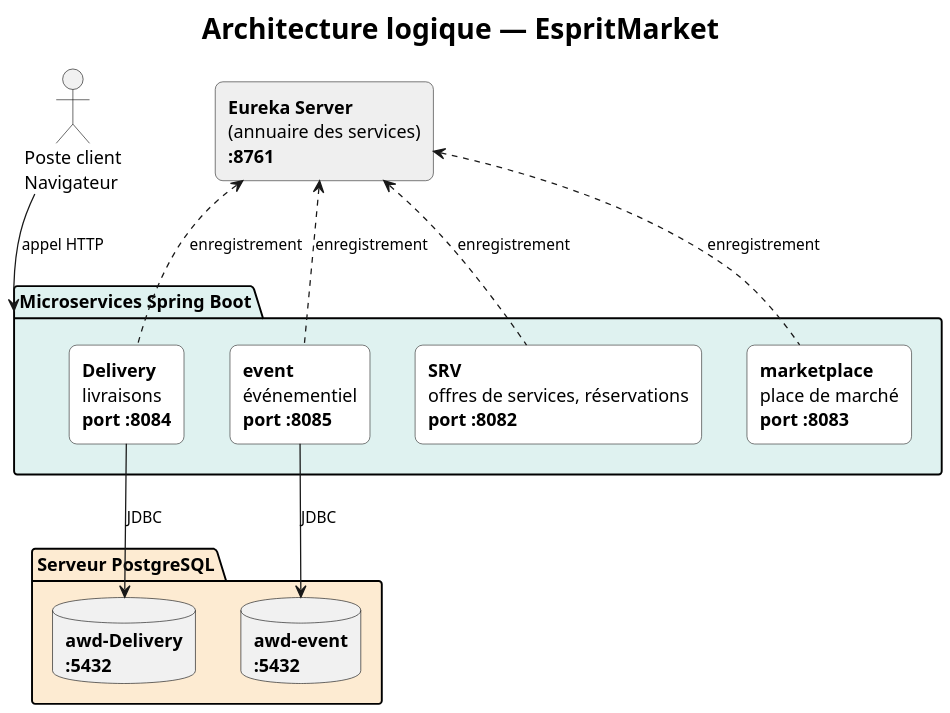
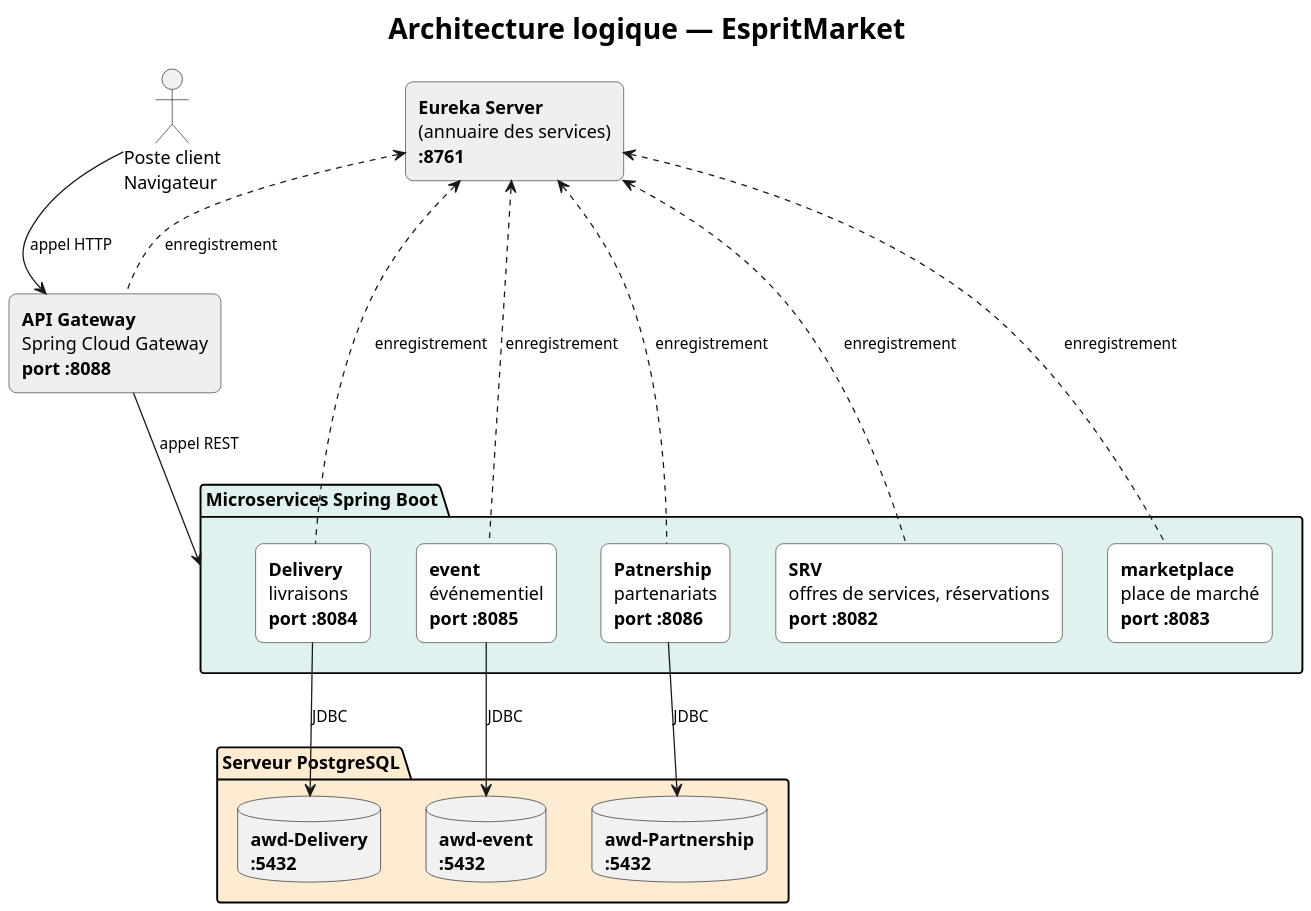
The diagram in documentation/diag/architecture-logique.puml (TheSphynxoid/AWD-EspritMarket), drawn with PlantUML before and after one commit. The commit also changed 24 other files, not shown here.

Commit message:
Add API gateway with lb:// routes; normalize Patnership service; update docs

```diff
--- a/documentation/diag/architecture-logique.puml
+++ b/documentation/diag/architecture-logique.puml
@@ -1,49 +1,61 @@
 @startuml architecture-logique
 
 title <size:22>**Architecture logique — EspritMarket**</size>
 
 skinparam dpi 150
 skinparam shadowing false
 skinparam defaultFontName "Segoe UI"
 skinparam rectangleRoundCorner 12
 skinparam packageRectangleRoundCorner 18
 skinparam ArrowFontSize 12
 
 skinparam rectangle {
   BackgroundColor #FFFFFF
   BorderColor #333333
 }
 
 actor "Poste client\nNavigateur" as Client
 
+rectangle "**API Gateway**\nSpring Cloud Gateway\n<b>port :8088</b>" as GW #EFEFEF
+
 rectangle "**Eureka Server**\n(annuaire des services)\n<b>:8761</b>" as EU #EFEFEF
 
 package "Microservices Spring Boot" as MS #DFF2F0 {
   rectangle "**SRV**\noffres de services, réservations\n<b>port :8082</b>" as SRV
   rectangle "**marketplace**\nplace de marché\n<b>port :8083</b>" as MKT
   rectangle "**Delivery**\nlivraisons\n<b>port :8084</b>" as DEL
   rectangle "**event**\névénementiel\n<b>port :8085</b>" as EVT
+  rectangle "**Patnership**\npartenariats\n<b>port :8086</b>" as PTN
   SRV -[hidden]right-> MKT
   MKT -[hidden]right-> DEL
   DEL -[hidden]right-> EVT
+  EVT -[hidden]right-> PTN
 }
 
 package "Serveur PostgreSQL" as DBS #FDEBD2 {
   database "**awd-Delivery**\n<b>:5432</b>" as AWDDB
   database "**awd-event**\n<b>:5432</b>" as EVTDB
+  database "**awd-Partnership**\n<b>:5432</b>" as PTNDB
   AWDDB -[hidden]right-> EVTDB
+  EVTDB -[hidden]right-> PTNDB
 }
 
 Client -[hidden]right-> EU
 
-Client -down-> MS : appel HTTP
+Client -down-> GW : appel HTTP
+
+GW -down-> MS : appel REST
+
+GW .up.> EU : enregistrement
 
 SRV .up.> EU : enregistrement
 MKT .up.> EU : enregistrement
 DEL .up.> EU : enregistrement
 EVT .up.> EU : enregistrement
+PTN .up.> EU : enregistrement
 
 DEL -down-> AWDDB : JDBC
 EVT -down-> EVTDB : JDBC
+PTN -down-> PTNDB : JDBC
 
 @enduml
```
